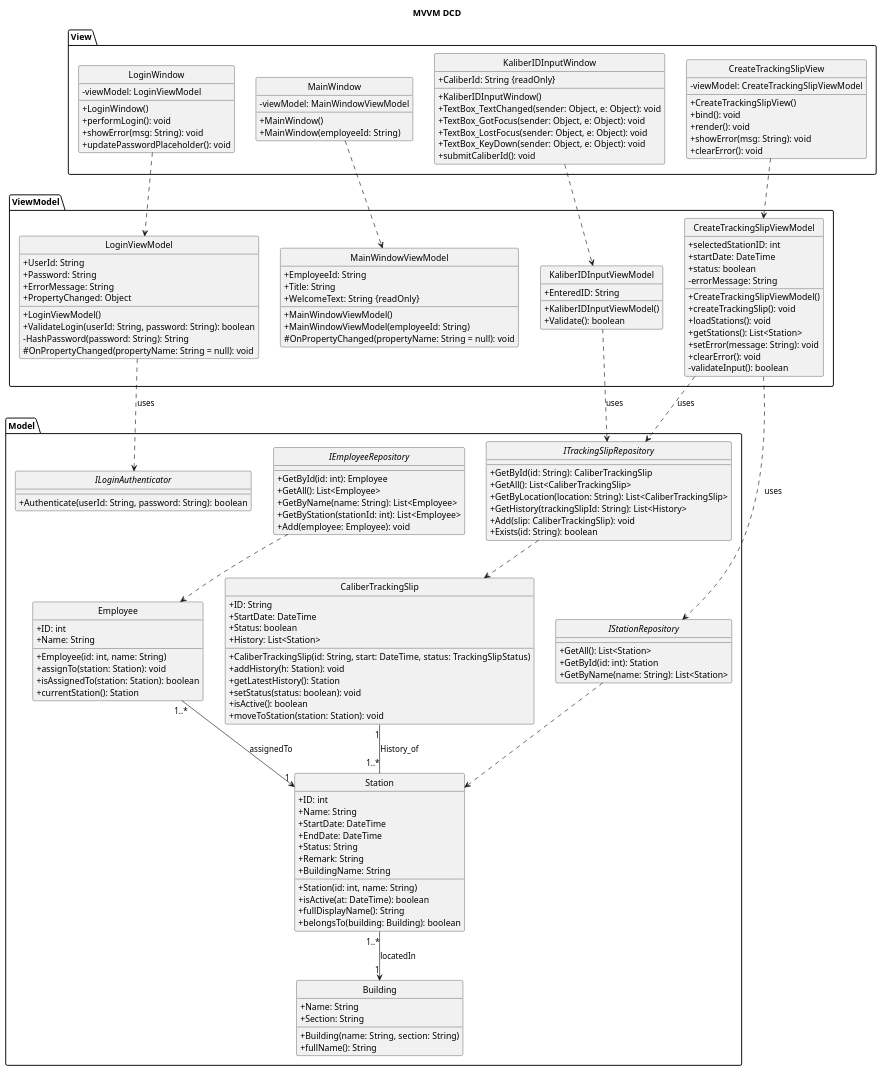
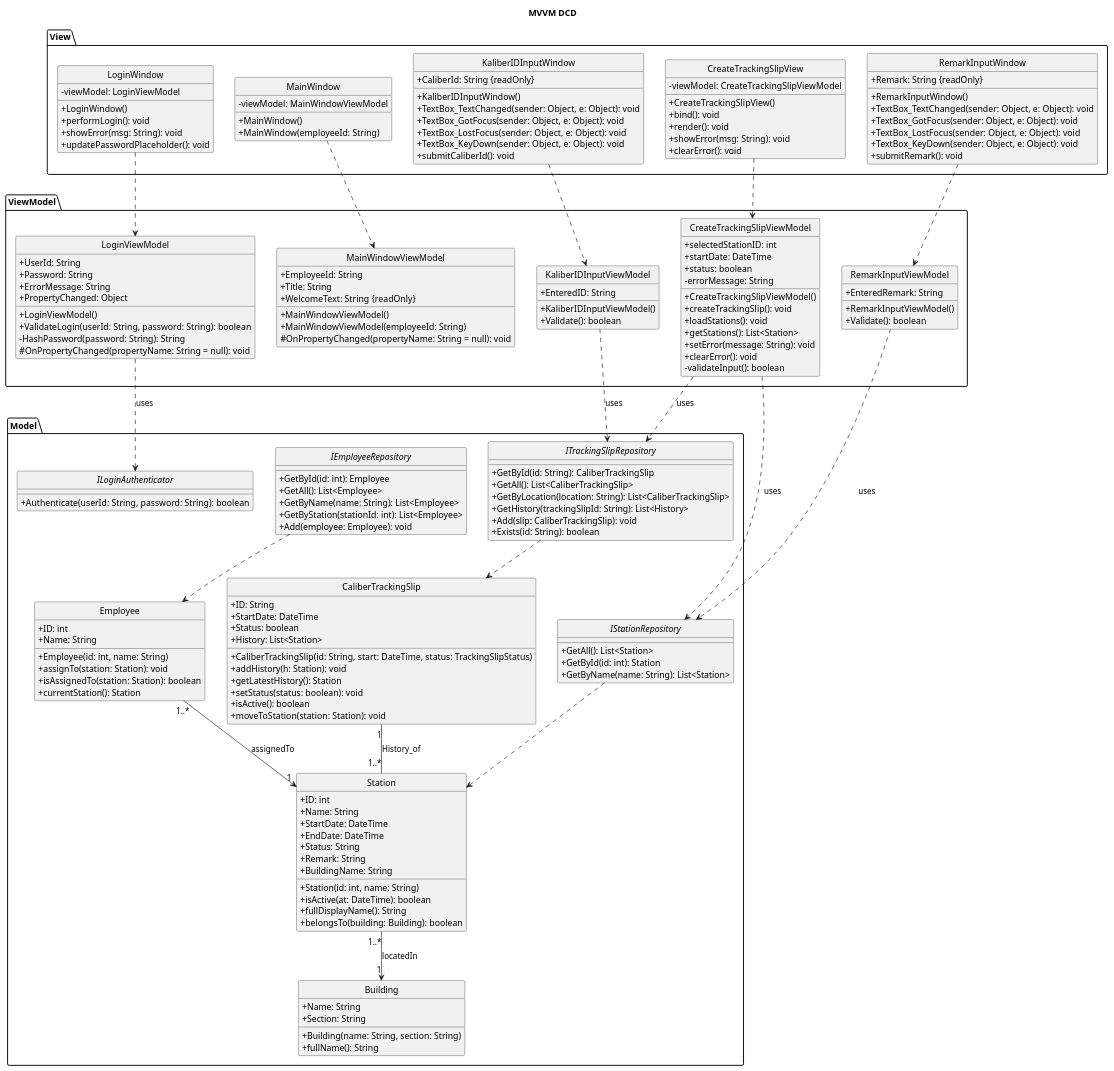
Before and after one commit to marsbo04/budweg: the diagram in uml_artifacts/dcd.puml, drawn with PlantUML.

Commit message:
Add RemarkInputWindow and RemarkInputViewModel to enhance remark handling

```diff
--- a/uml_artifacts/dcd.puml
+++ b/uml_artifacts/dcd.puml
@@ -36,6 +36,15 @@
     +render(): void
     +showError(msg: String): void
     +clearError(): void
+  }
+  class RemarkInputWindow {
+    +Remark: String {readOnly}
+    +RemarkInputWindow()
+    +TextBox_TextChanged(sender: Object, e: Object): void
+    +TextBox_GotFocus(sender: Object, e: Object): void
+    +TextBox_LostFocus(sender: Object, e: Object): void
+    +TextBox_KeyDown(sender: Object, e: Object): void
+    +submitRemark(): void
   }
 }
 
@@ -83,8 +92,13 @@
     +clearError(): void
     -validateInput(): boolean
   }
+  class RemarkInputViewModel {
+    +EnteredRemark: String
+
+    +RemarkInputViewModel()
+    +Validate(): boolean
 }
-
+}
 
 package "Model" {
   interface ITrackingSlipRepository {
@@ -114,11 +128,6 @@
     +Authenticate(userId: String, password: String): boolean
   }
 
-
-}
-
-
-package "Model" {
 
 
   class CaliberTrackingSlip  {
@@ -174,11 +183,13 @@
 MainWindow ..> MainWindowViewModel 
 KaliberIDInputWindow ..> KaliberIDInputViewModel 
 CreateTrackingSlipView ..> CreateTrackingSlipViewModel 
+RemarkInputWindow ..> RemarkInputViewModel 
 
 LoginViewModel ..> ILoginAuthenticator : uses
 KaliberIDInputViewModel ..> ITrackingSlipRepository : uses
 CreateTrackingSlipViewModel ..> IStationRepository : uses
 CreateTrackingSlipViewModel ..> ITrackingSlipRepository : uses
+RemarkInputViewModel ..> IStationRepository: uses
 
 
 ITrackingSlipRepository ..> CaliberTrackingSlip 
```
